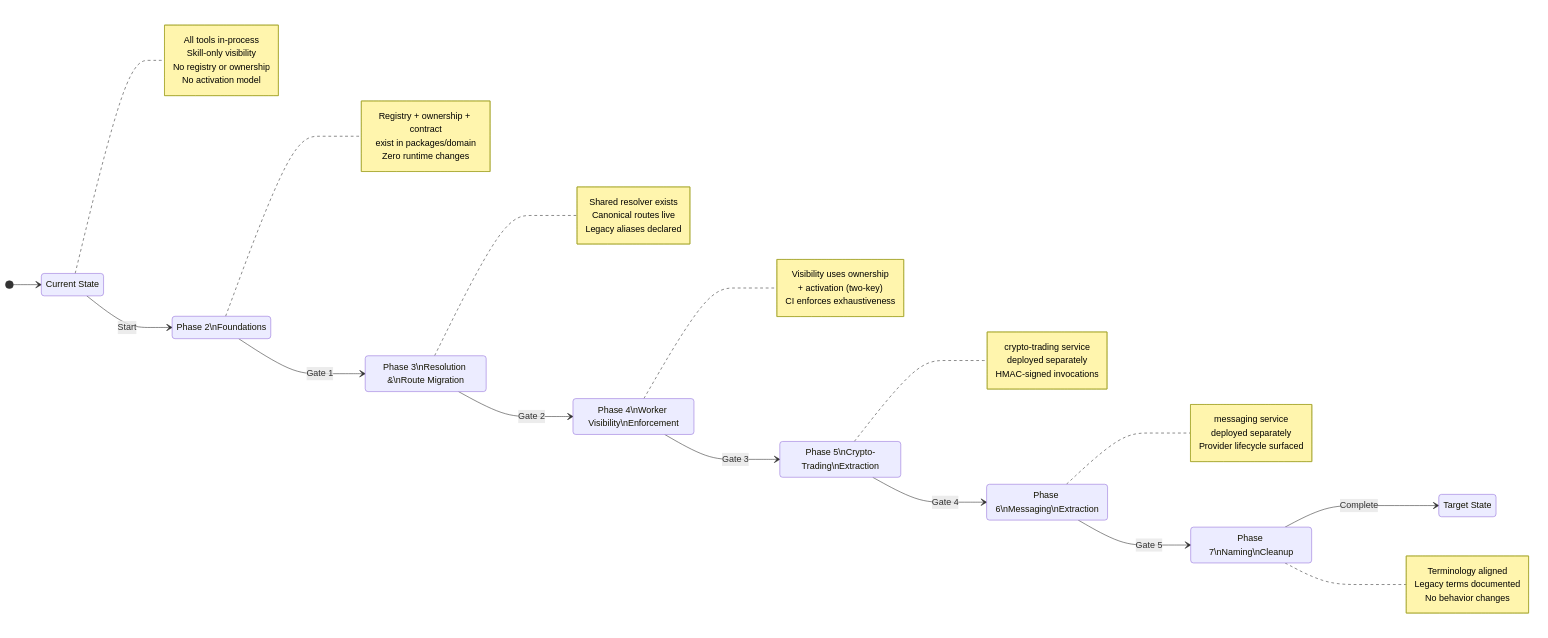
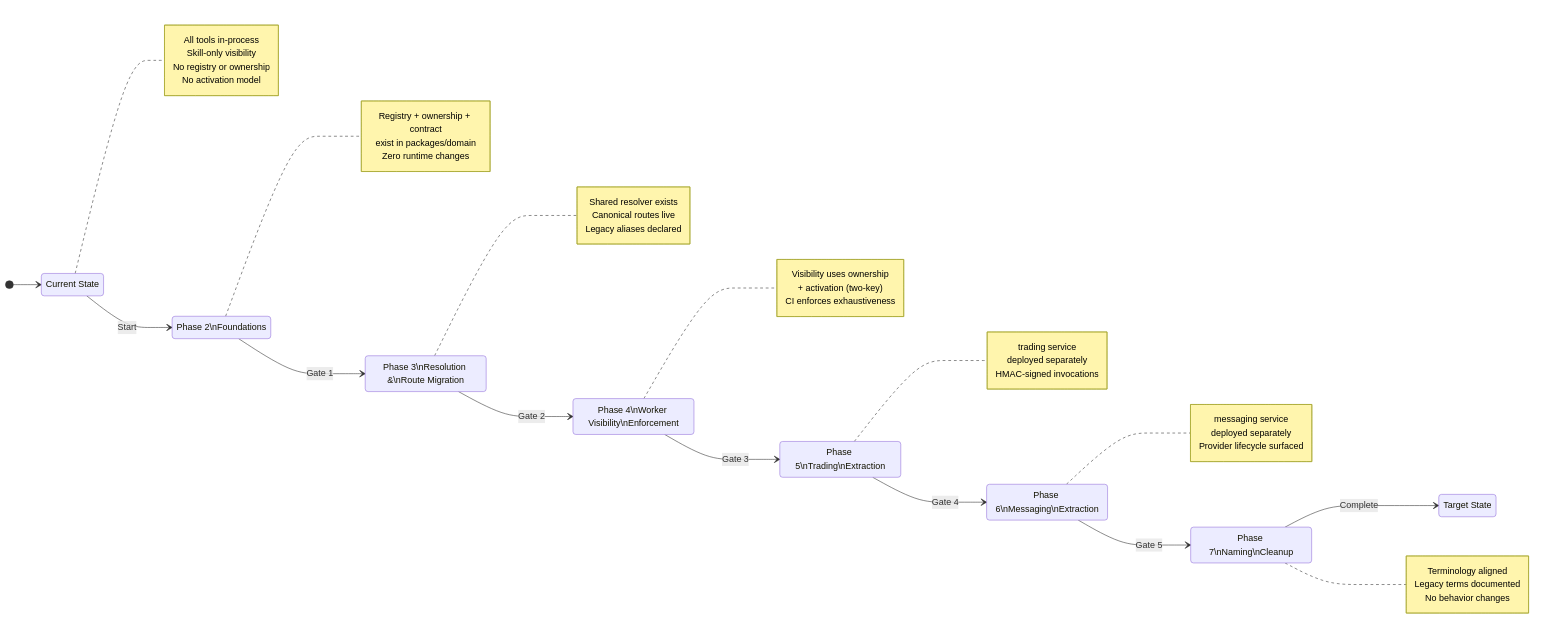
The first of 3 diagrams in docs/features/pending/000-capability-foundations/diagrams/phase-transitions.md (poshjosh/herobids), drawn with Mermaid before and after one commit. The commit also changed other lines of this file and 60 other files, not shown here.

````diff
--- a/docs/features/pending/000-capability-foundations/diagrams/phase-transitions.md
+++ b/docs/features/pending/000-capability-foundations/diagrams/phase-transitions.md
@@ -8,65 +8,65 @@
 ```mermaid
 stateDiagram-v2
   direction LR
 
   state "Current State" as current
   state "Phase 2\nFoundations" as p2
   state "Phase 3\nResolution &\nRoute Migration" as p3
   state "Phase 4\nWorker Visibility\nEnforcement" as p4
-  state "Phase 5\nCrypto-Trading\nExtraction" as p5
+  state "Phase 5\nTrading\nExtraction" as p5
   state "Phase 6\nMessaging\nExtraction" as p6
   state "Phase 7\nNaming\nCleanup" as p7
   state "Target State" as target
 
   [*] --> current
   current --> p2 : Start
   p2 --> p3 : Gate 1
   p3 --> p4 : Gate 2
   p4 --> p5 : Gate 3
   p5 --> p6 : Gate 4
   p6 --> p7 : Gate 5
   p7 --> target : Complete
 
   note right of current
     All tools in-process
     Skill-only visibility
     No registry or ownership
     No activation model
   end note
 
   note right of p2
     Registry + ownership + contract
     exist in packages/domain
     Zero runtime changes
   end note
 
   note right of p3
     Shared resolver exists
     Canonical routes live
     Legacy aliases declared
   end note
 
   note right of p4
     Visibility uses ownership
     + activation (two-key)
     CI enforces exhaustiveness
   end note
 
   note right of p5
-    crypto-trading service
+    trading service
     deployed separately
     HMAC-signed invocations
   end note
 
   note right of p6
     messaging service
     deployed separately
     Provider lifecycle surfaced
   end note
 
   note right of p7
     Terminology aligned
     Legacy terms documented
     No behavior changes
   end note
 ```
````
